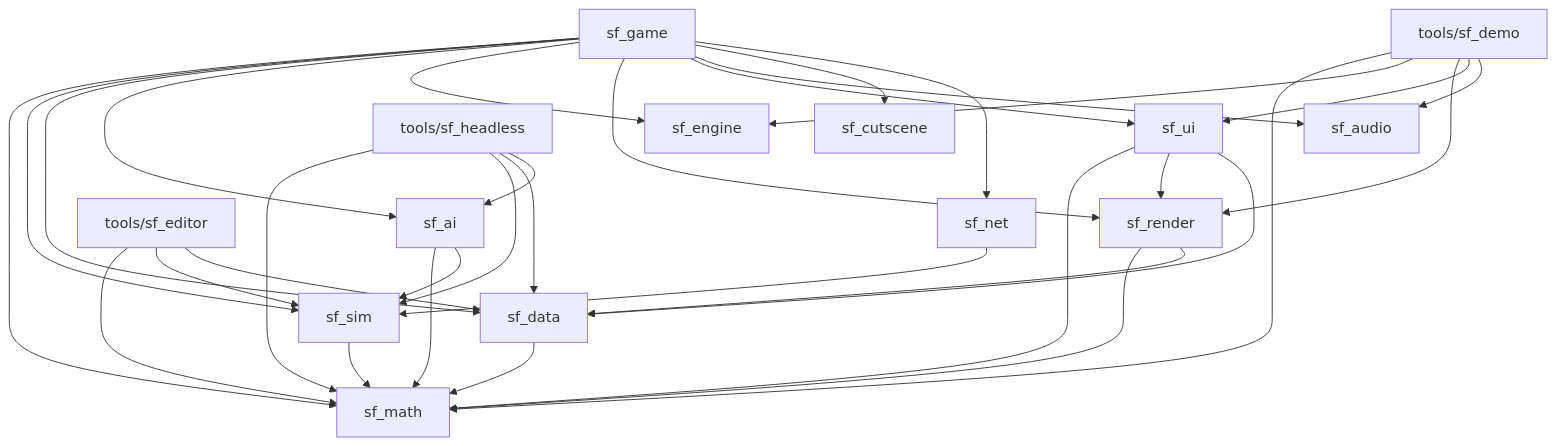
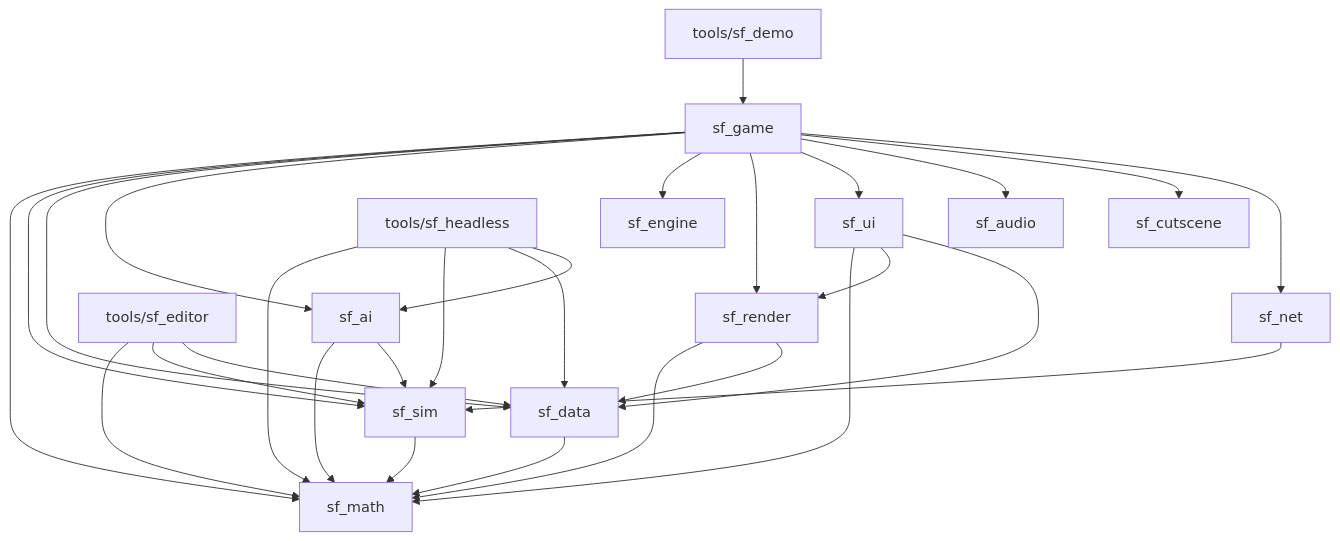
Before and after one commit to ultrasonicoverdrive/staalfront: the diagram in docs/architecture.md, drawn with Mermaid. The commit also changed other lines of this file and 41 other files, not shown here.

First line of the commit message:
WP1.14: sf_demo — engine demo, 1 km map (B12 scale), --bench without vsync (M0) (#30)

````diff
--- a/docs/architecture.md
+++ b/docs/architecture.md
@@ -44,35 +44,31 @@
 ```mermaid
 graph TD
   sf_sim --> sf_math
   sf_data --> sf_math
   sf_ai --> sf_math
   sf_ai --> sf_sim
   sf_render --> sf_math
   sf_render --> sf_data
   sf_ui --> sf_math
   sf_ui --> sf_render
   sf_ui --> sf_data
   sf_net --> sf_sim
   sf_game --> sf_math
   sf_game --> sf_sim
   sf_game --> sf_data
   sf_game --> sf_ai
   sf_game --> sf_engine
   sf_game --> sf_render
   sf_game --> sf_ui
   sf_game --> sf_audio
   sf_game --> sf_cutscene
   sf_game --> sf_net
   sf_headless[tools/sf_headless] --> sf_math
   sf_headless --> sf_sim
   sf_headless --> sf_data
   sf_headless --> sf_ai
-  sf_demo[tools/sf_demo] --> sf_math
-  sf_demo --> sf_engine
-  sf_demo --> sf_render
-  sf_demo --> sf_ui
-  sf_demo --> sf_audio
+  sf_demo[tools/sf_demo] --> sf_game
   sf_editor[tools/sf_editor] --> sf_math
   sf_editor --> sf_sim
   sf_editor --> sf_data
 ```
````
